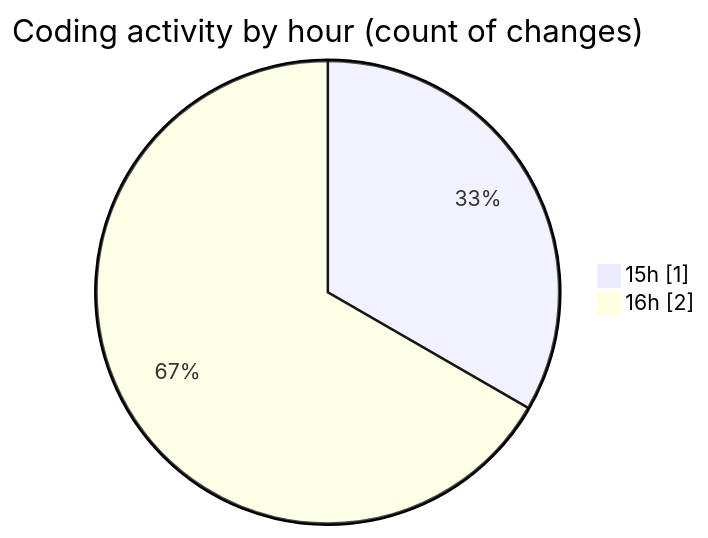
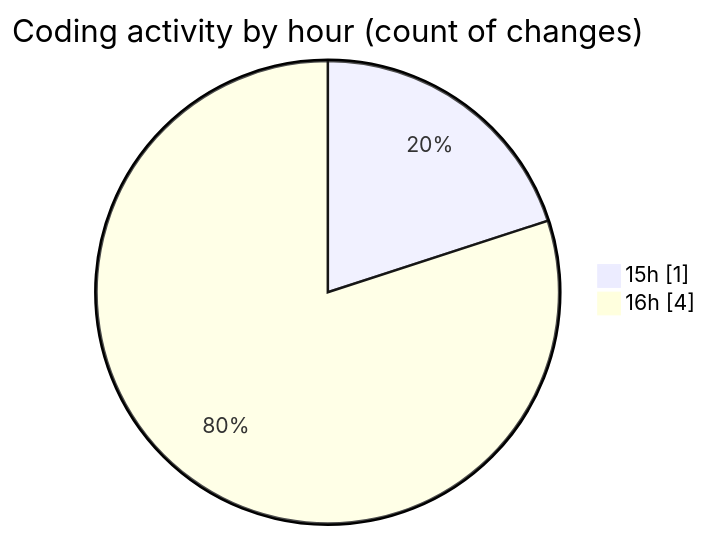
The second of 2 diagrams in 2025-10-14/untitled__workspace_/README.md (debugP/code-tracking), drawn with Mermaid before and after one commit. The commit also changed other lines of this file and 1 other file, not shown here.

````diff
--- a/2025-10-14/untitled__workspace_/README.md
+++ b/2025-10-14/untitled__workspace_/README.md
@@ -28,6 +28,6 @@
 ```mermaid
 pie showData
 title Coding activity by hour (count of changes)
 "15h" : 1
-"16h" : 2
+"16h" : 4
 ```
````
